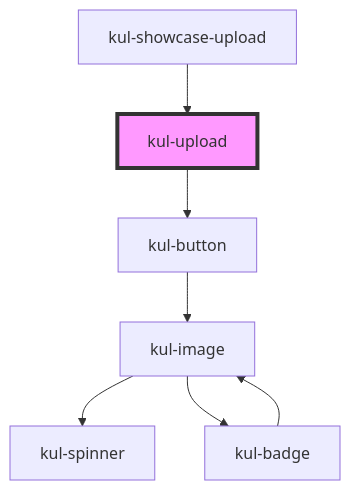
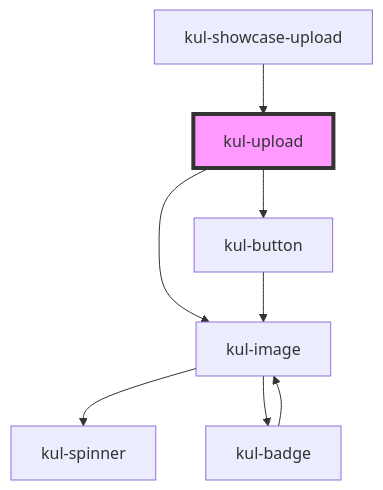
One commit to smeup/ketchup changed the diagram in packages/ketchup-lite/src/components/kul-upload/readme.md. Above: the diagram before and after it, drawn with Mermaid. The commit also changed other lines of this file and 3 other files, not shown here.

````diff
--- a/packages/ketchup-lite/src/components/kul-upload/readme.md
+++ b/packages/ketchup-lite/src/components/kul-upload/readme.md
@@ -89,10 +116,11 @@
 ```mermaid
 graph TD;
+  kul-upload --> kul-image
   kul-upload --> kul-button
-  kul-button --> kul-image
   kul-image --> kul-spinner
   kul-image --> kul-badge
   kul-badge --> kul-image
+  kul-button --> kul-image
   kul-showcase-upload --> kul-upload
   style kul-upload fill:#f9f,stroke:#333,stroke-width:4px
 ```
````
